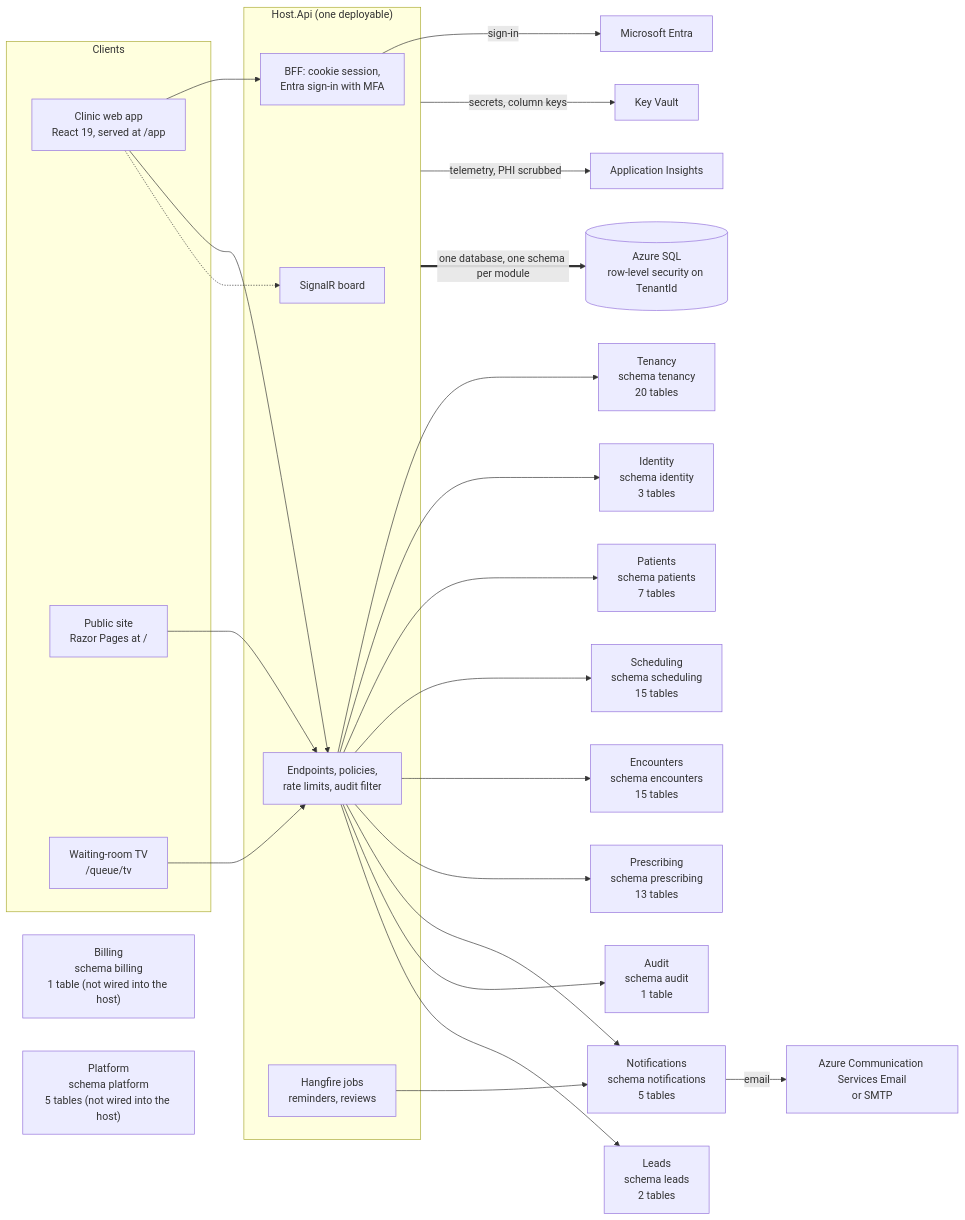
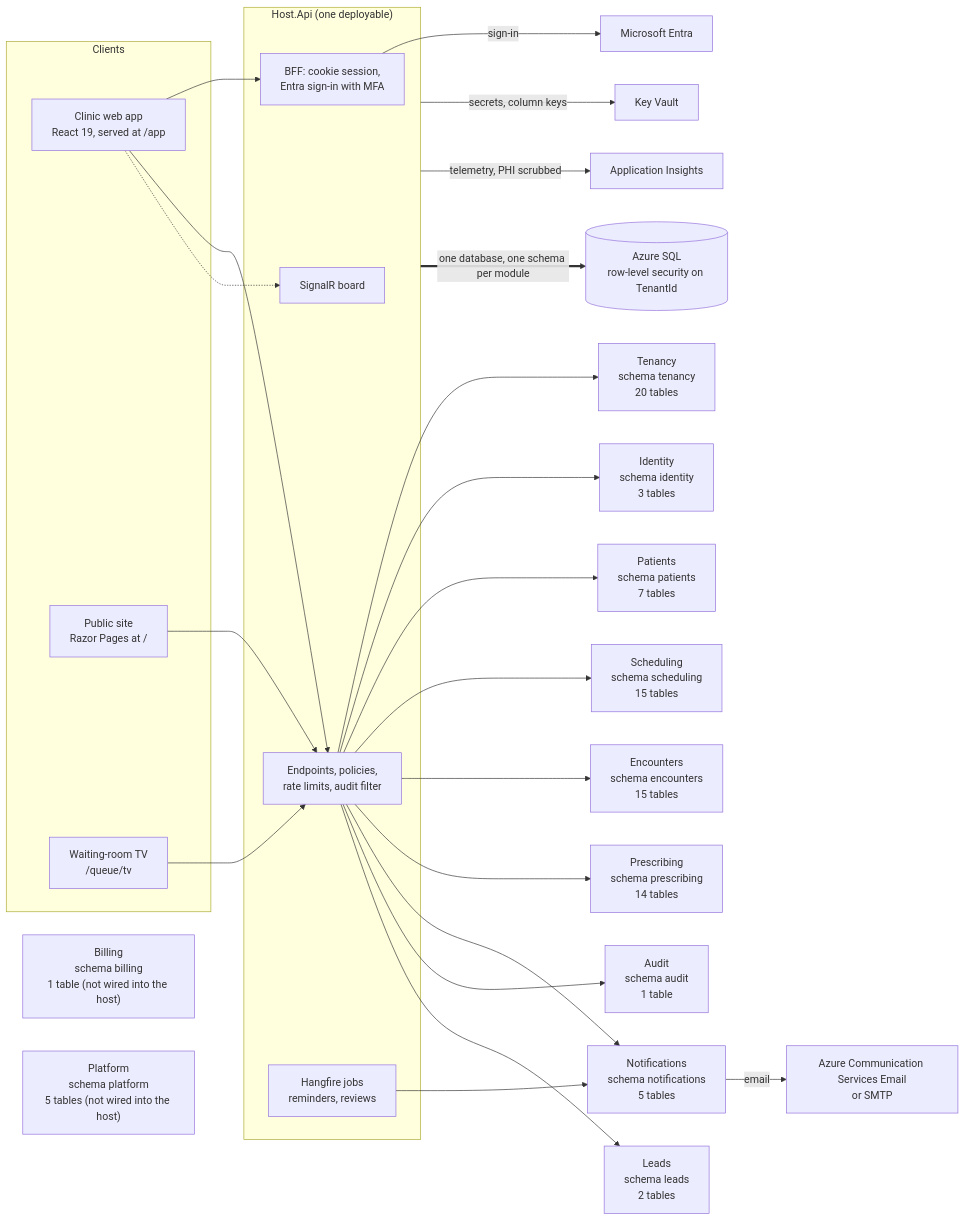
Before and after one commit to ALFRED-LUCIFER/medvya: the first of 14 diagrams in docs/03-architecture/erd.md, drawn with Mermaid. The commit also changed other lines of this file and 28 other files, not shown here.

````diff
--- a/docs/03-architecture/erd.md
+++ b/docs/03-architecture/erd.md
@@ -15,36 +15,36 @@
 ```mermaid
 flowchart LR
   subgraph Clients
     web["Clinic web app<br/>React 19, served at /app"]
     site["Public site<br/>Razor Pages at /"]
     tv["Waiting-room TV<br/>/queue/tv"]
   end
   subgraph Host["Host.Api (one deployable)"]
     bff["BFF: cookie session,<br/>Entra sign-in with MFA"]
     api["Endpoints, policies,<br/>rate limits, audit filter"]
     hub["SignalR board"]
     jobs["Hangfire jobs<br/>reminders, reviews"]
   end
   web --> bff
   web --> api
   web -.-> hub
   tv --> api
   site --> api
   api --> Tenancy["Tenancy<br/>schema tenancy<br/>20 tables"]
   api --> Identity["Identity<br/>schema identity<br/>3 tables"]
   api --> Patients["Patients<br/>schema patients<br/>7 tables"]
   api --> Scheduling["Scheduling<br/>schema scheduling<br/>15 tables"]
   api --> Encounters["Encounters<br/>schema encounters<br/>15 tables"]
-  api --> Prescribing["Prescribing<br/>schema prescribing<br/>13 tables"]
+  api --> Prescribing["Prescribing<br/>schema prescribing<br/>14 tables"]
   api --> Notifications["Notifications<br/>schema notifications<br/>5 tables"]
   api --> Audit["Audit<br/>schema audit<br/>1 table"]
   api --> Leads["Leads<br/>schema leads<br/>2 tables"]
   Billing["Billing<br/>schema billing<br/>1 table (not wired into the host)"]
   Platform["Platform<br/>schema platform<br/>5 tables (not wired into the host)"]
   jobs --> Notifications
   bff -->|"sign-in"| entra["Microsoft Entra"]
   Notifications -->|"email"| mail["Azure Communication Services Email<br/>or SMTP"]
   Host -->|"secrets, column keys"| kv["Key Vault"]
   Host -->|"telemetry, PHI scrubbed"| ai["Application Insights"]
   Host ==>|"one database, one schema per module"| sql[("Azure SQL<br/>row-level security on TenantId")]
 ```
````
